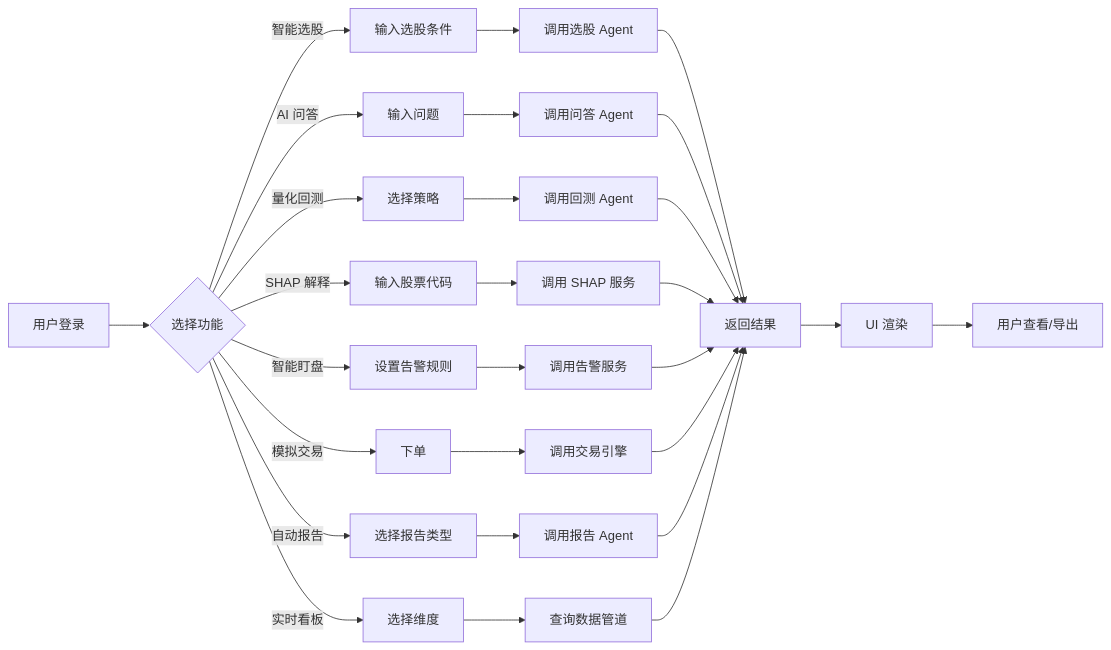
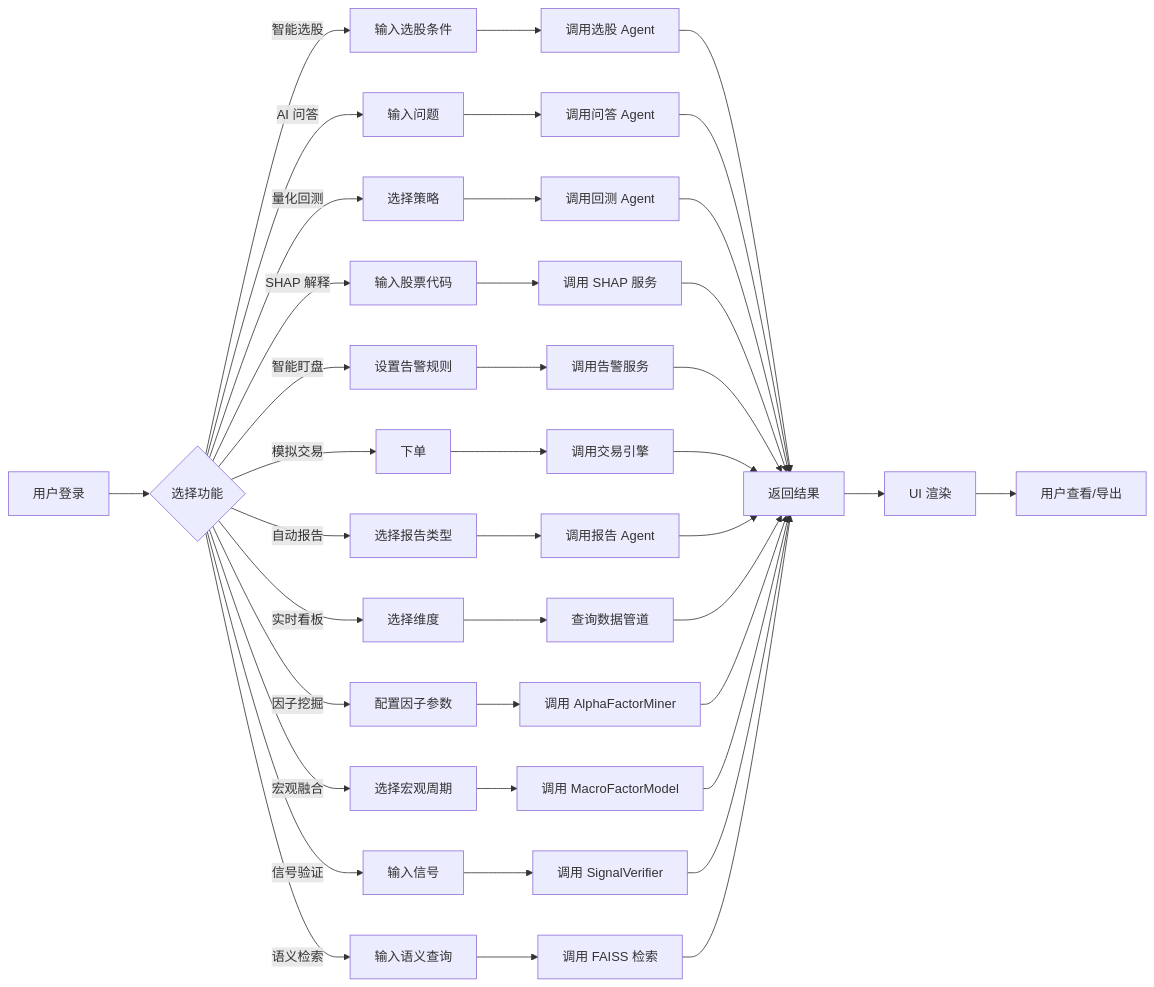
The second of 3 diagrams in QuantInsight_Pro_项目技术栈架构图.md (yigenfeng0707-netizen/quantinsight-pro), drawn with Mermaid before and after one commit. The commit also changed other lines of this file and 15 other files, not shown here.

Commit message:
V3.5 Exabel-Grade: 因子挖掘/宏观融合/信号验证/语义检索 + 12项Bug修复 + 全文档更新

````diff
--- a/QuantInsight_Pro_项目技术栈架构图.md
+++ b/QuantInsight_Pro_项目技术栈架构图.md
@@ -306,33 +356,45 @@
 ```mermaid
 graph LR
     A[用户登录] --> B{选择功能}
     B -->|智能选股| C1[输入选股条件]
     B -->|AI 问答| C2[输入问题]
     B -->|量化回测| C3[选择策略]
     B -->|SHAP 解释| C4[输入股票代码]
     B -->|智能盯盘| C5[设置告警规则]
     B -->|模拟交易| C6[下单]
     B -->|自动报告| C7[选择报告类型]
     B -->|实时看板| C8[选择维度]
+    B -->|因子挖掘| C9[配置因子参数]
+    B -->|宏观融合| C10[选择宏观周期]
+    B -->|信号验证| C11[输入信号]
+    B -->|语义检索| C12[输入语义查询]
 
     C1 --> D1[调用选股 Agent]
     C2 --> D2[调用问答 Agent]
     C3 --> D3[调用回测 Agent]
     C4 --> D4[调用 SHAP 服务]
     C5 --> D5[调用告警服务]
     C6 --> D6[调用交易引擎]
     C7 --> D7[调用报告 Agent]
     C8 --> D8[查询数据管道]
+    C9 --> D9[调用 AlphaFactorMiner]
+    C10 --> D10[调用 MacroFactorModel]
+    C11 --> D11[调用 SignalVerifier]
+    C12 --> D12[调用 FAISS 检索]
 
     D1 --> E[返回结果]
     D2 --> E
     D3 --> E
     D4 --> E
     D5 --> E
     D6 --> E
     D7 --> E
     D8 --> E
+    D9 --> E
+    D10 --> E
+    D11 --> E
+    D12 --> E
 
     E --> F[UI 渲染]
     F --> G[用户查看/导出]
 ```
````
